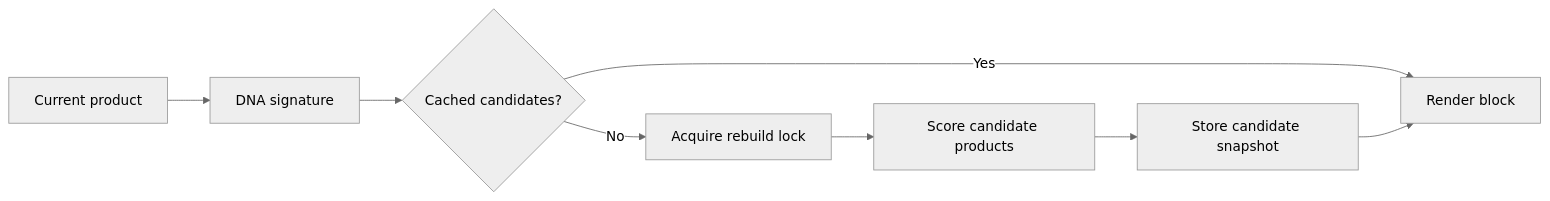
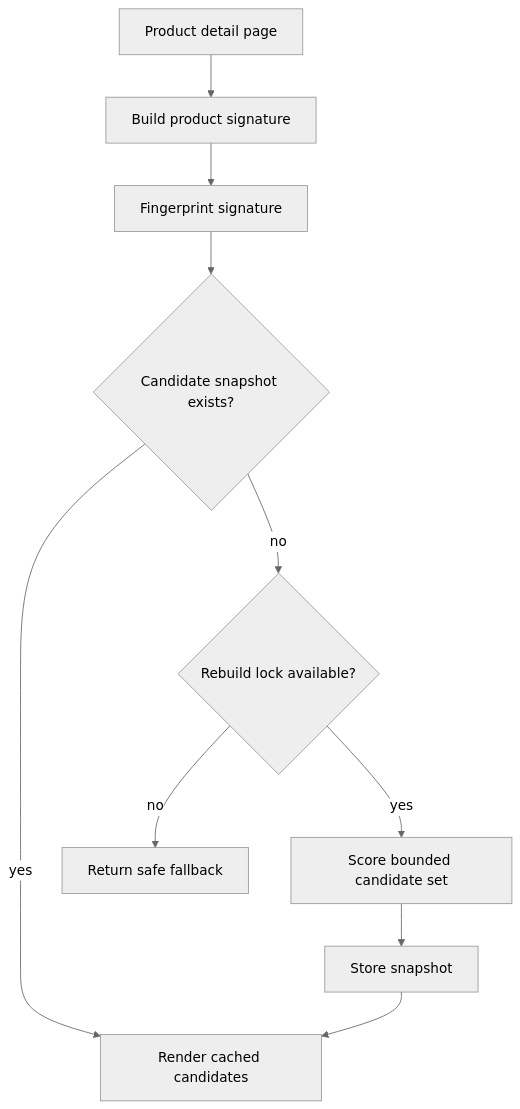
One commit to shiny-a2/a2-style-dna-similar-products changed the diagram in README.md. Above: the diagram before and after it, drawn with Mermaid (neutral theme). The commit also changed other lines of this file and 3 other files, not shown here.

````diff
--- a/README.md
+++ b/README.md
@@ -33,10 +43,12 @@
 ```mermaid
-flowchart LR
-    Product[Current product] --> Signature[DNA signature]
-    Signature --> Cache{Cached candidates?}
-    Cache -->|Yes| Render[Render block]
-    Cache -->|No| Lock[Acquire rebuild lock]
-    Lock --> Score[Score candidate products]
-    Score --> Store[Store candidate snapshot]
+flowchart TD
+    PDP[Product detail page] --> Signature[Build product signature]
+    Signature --> Fingerprint[Fingerprint signature]
+    Fingerprint --> Cache{Candidate snapshot exists?}
+    Cache -->|yes| Render[Render cached candidates]
+    Cache -->|no| Lock{Rebuild lock available?}
+    Lock -->|no| Fallback[Return safe fallback]
+    Lock -->|yes| Score[Score bounded candidate set]
+    Score --> Store[Store snapshot]
     Store --> Render
 ```
````
